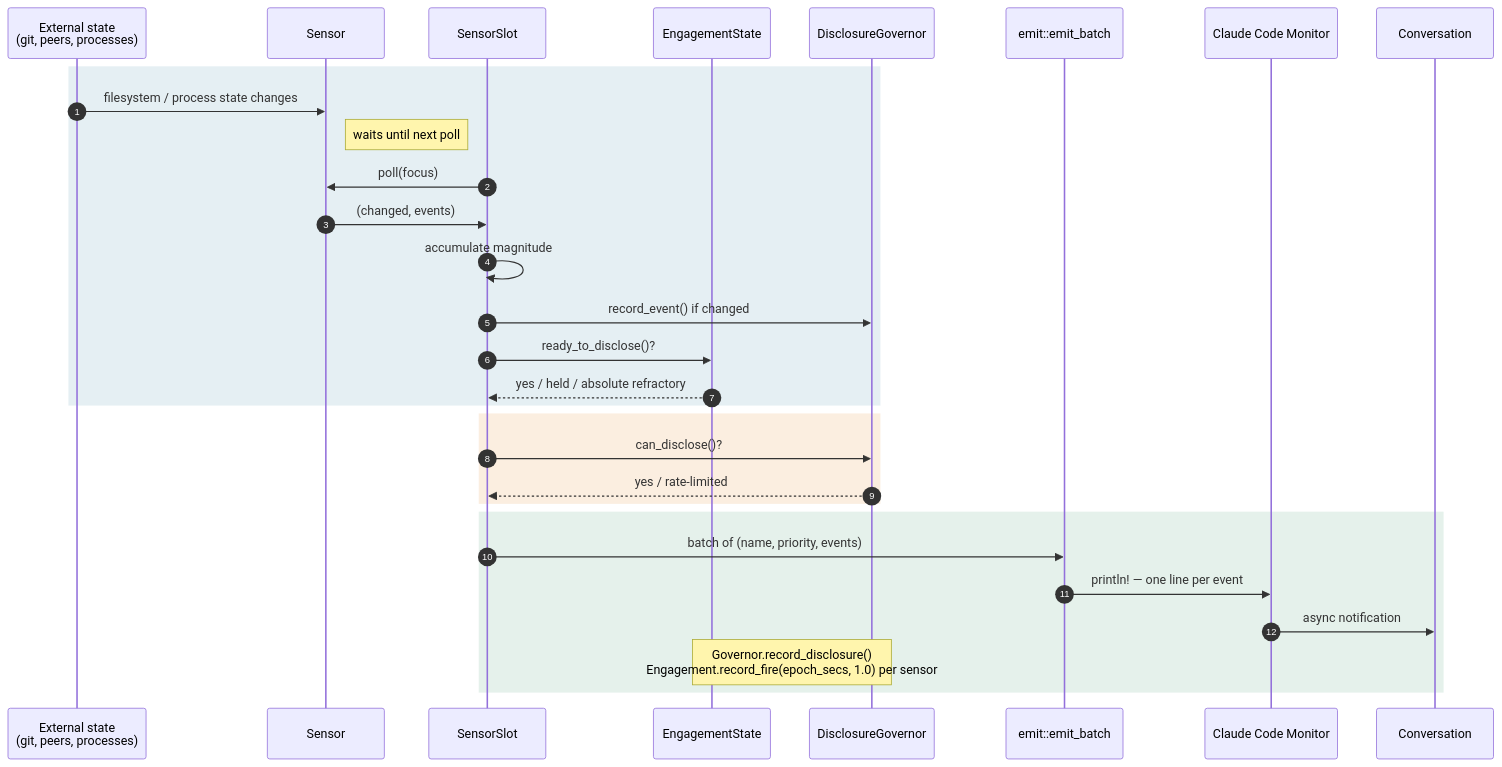
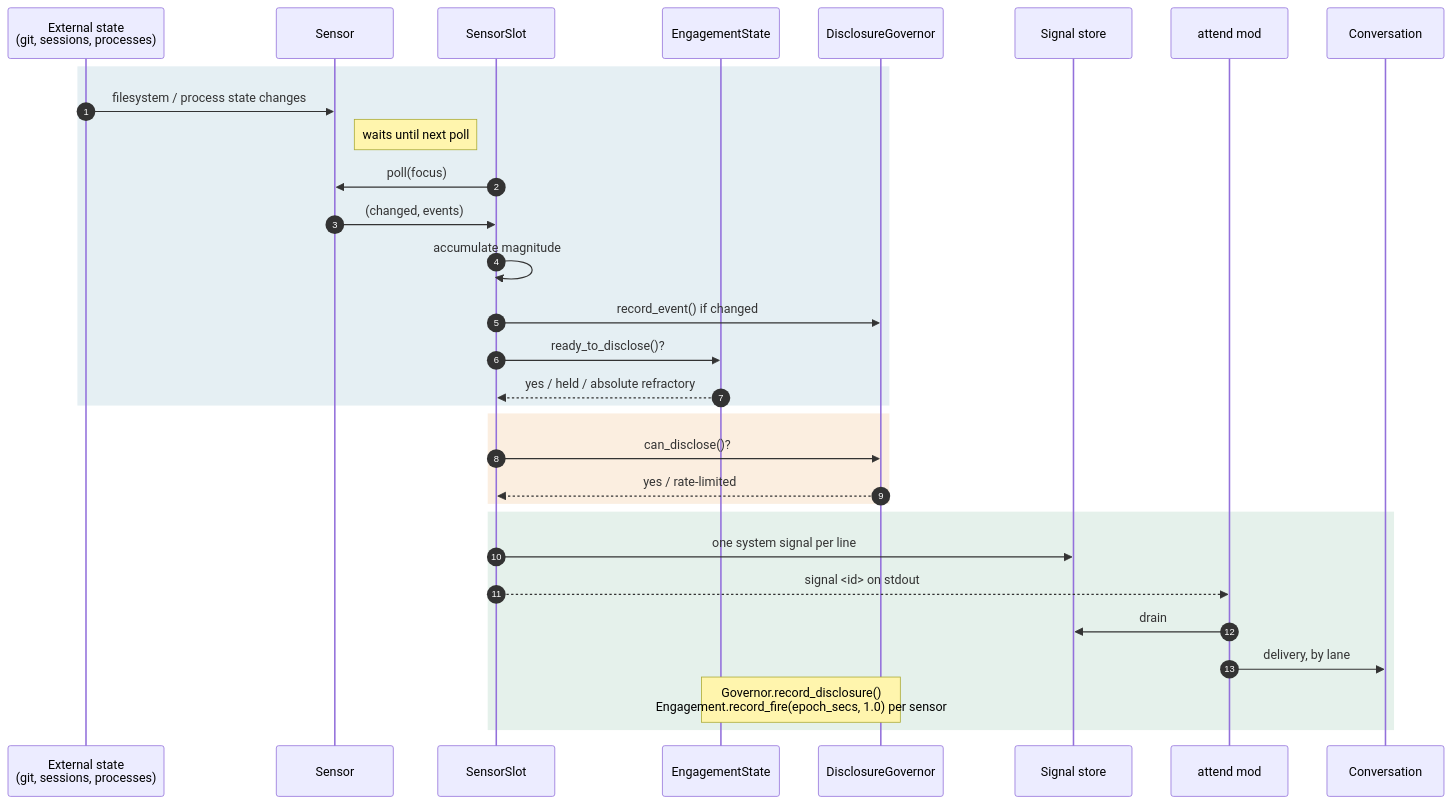
The third of 3 diagrams in docs/attend-and-monitor/loop.md (aaronsb/agent-ways), drawn with Mermaid before and after one commit. The commit also changed other lines of this file and 22 other files, not shown here.

First line of the commit message:
docs(attend): describe the mod and the sensor host, not attend run

````diff
--- a/docs/attend-and-monitor/loop.md
+++ b/docs/attend-and-monitor/loop.md
@@ -195,37 +192,38 @@
 ```mermaid
 sequenceDiagram
     autonumber
-    participant World as External state<br/>(git, peers, processes)
+    participant World as External state<br/>(git, sessions, processes)
     participant Sensor
     participant Slot as SensorSlot
     participant Engagement as EngagementState
     participant Governor as DisclosureGovernor
-    participant Emit as emit::emit_batch
-    participant Monitor as Claude Code Monitor
+    participant Store as Signal store
+    participant Mod as attend mod
     participant Agent as Conversation
 
     rect rgba(45,125,154,0.12)
     World->>Sensor: filesystem / process state changes
     Note right of Sensor: waits until next poll
 
     Slot->>Sensor: poll(focus)
     Sensor->>Slot: (changed, events)
     Slot->>Slot: accumulate magnitude
     Slot->>Governor: record_event() if changed
     Slot->>Engagement: ready_to_disclose()?
     Engagement-->>Slot: yes / held / absolute refractory
     end
 
     rect rgba(217,119,6,0.12)
     Slot->>Governor: can_disclose()?
     Governor-->>Slot: yes / rate-limited
     end
 
     rect rgba(45,142,94,0.12)
-    Slot->>Emit: batch of (name, priority, events)
-    Emit->>Monitor: println! — one line per event
-    Monitor->>Agent: async notification
+    Slot->>Store: one system signal per line
+    Slot-->>Mod: signal <id> on stdout
+    Mod->>Store: drain
+    Mod->>Agent: delivery, by lane
 
     Note over Governor,Engagement: Governor.record_disclosure()<br/>Engagement.record_fire(epoch_secs, 1.0) per sensor
     end
 ```
````
